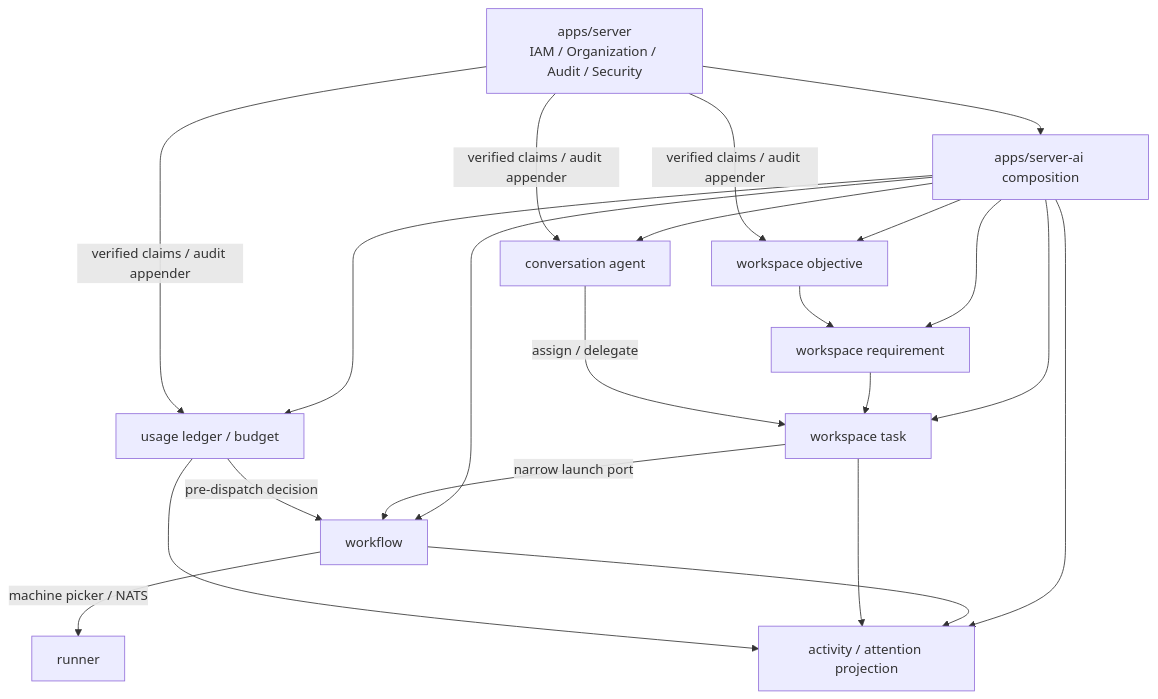
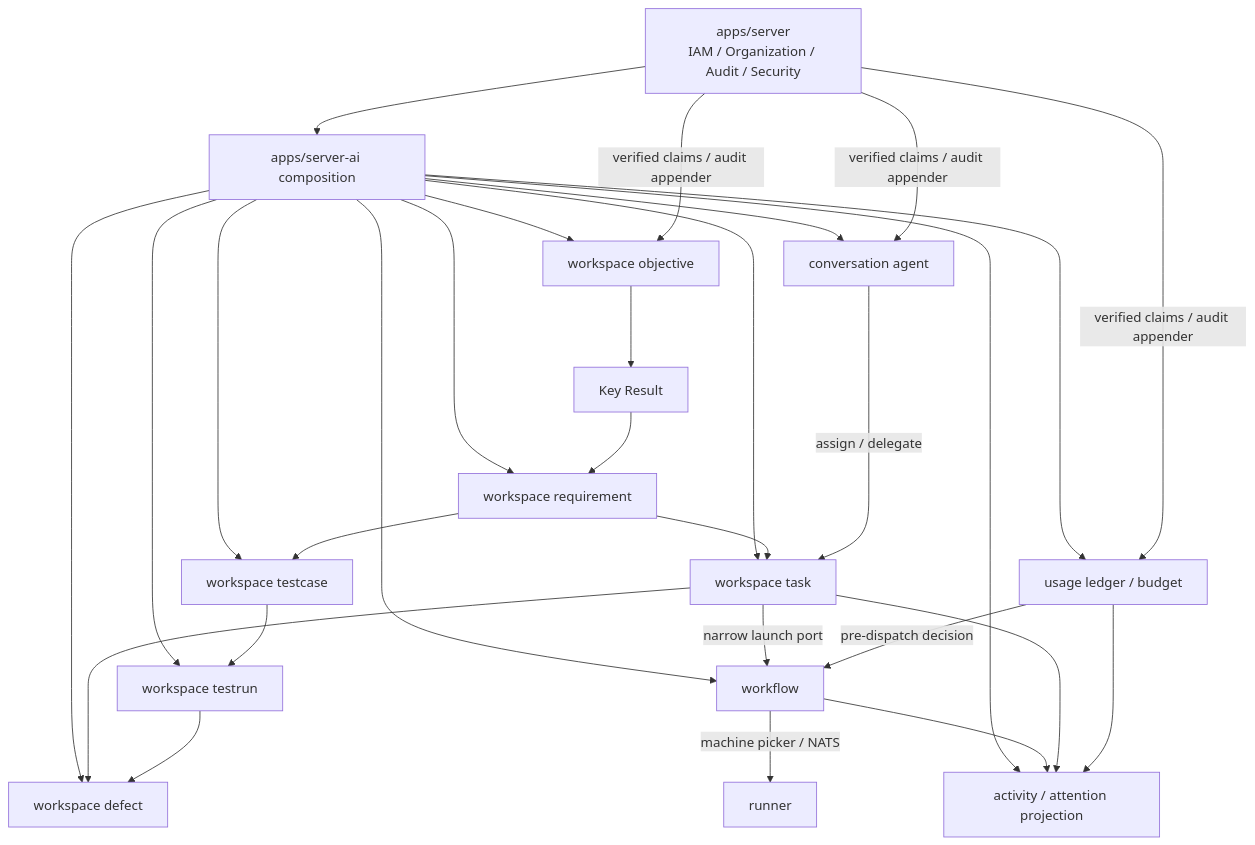
Before and after one commit to chaos-plus/chaosplus: the second of 2 diagrams in docs/research/paperclip-feature-adoption-research.md, drawn with Mermaid. The commit also changed other lines of this file and 102 other files, not shown here.

````diff
--- a/docs/research/paperclip-feature-adoption-research.md
+++ b/docs/research/paperclip-feature-adoption-research.md
@@ -117,22 +168,30 @@
 ```mermaid
 flowchart TB
     IAM[apps/server<br/>IAM / Organization / Audit / Security] --> CP[apps/server-ai composition]
     CP --> OBJ[workspace objective]
     CP --> REQ[workspace requirement]
     CP --> TASK[workspace task]
+    CP --> TC[workspace testcase]
+    CP --> TR[workspace testrun]
+    CP --> DEF[workspace defect]
     CP --> AGENT[conversation agent]
     CP --> WF[workflow]
     CP --> COST[usage ledger / budget]
     CP --> ATT[activity / attention projection]
-    OBJ --> REQ --> TASK
+    OBJ --> KR[Key Result]
+    KR --> REQ
+    REQ --> TASK
+    REQ --> TC --> TR
+    TASK --> DEF
+    TR --> DEF
     AGENT -->|assign / delegate| TASK
     TASK -->|narrow launch port| WF
     COST -->|pre-dispatch decision| WF
     WF -->|machine picker / NATS| RUNNER[runner]
     WF --> ATT
     TASK --> ATT
     COST --> ATT
     IAM -->|verified claims / audit appender| OBJ
     IAM -->|verified claims / audit appender| AGENT
     IAM -->|verified claims / audit appender| COST
 ```
````
